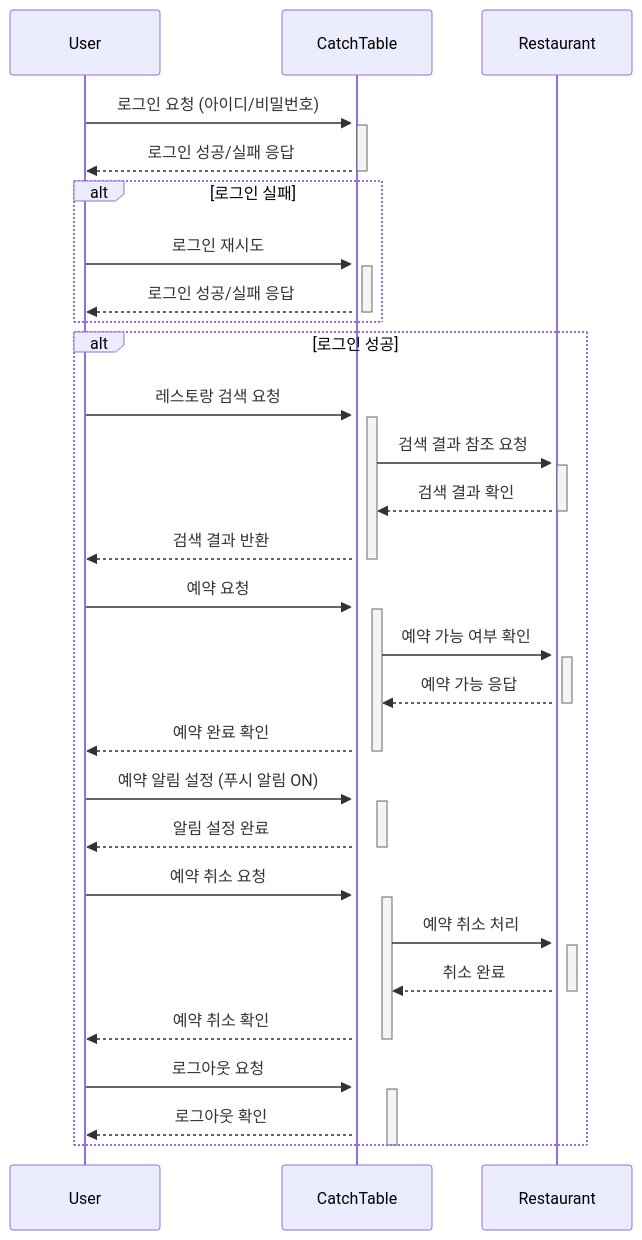
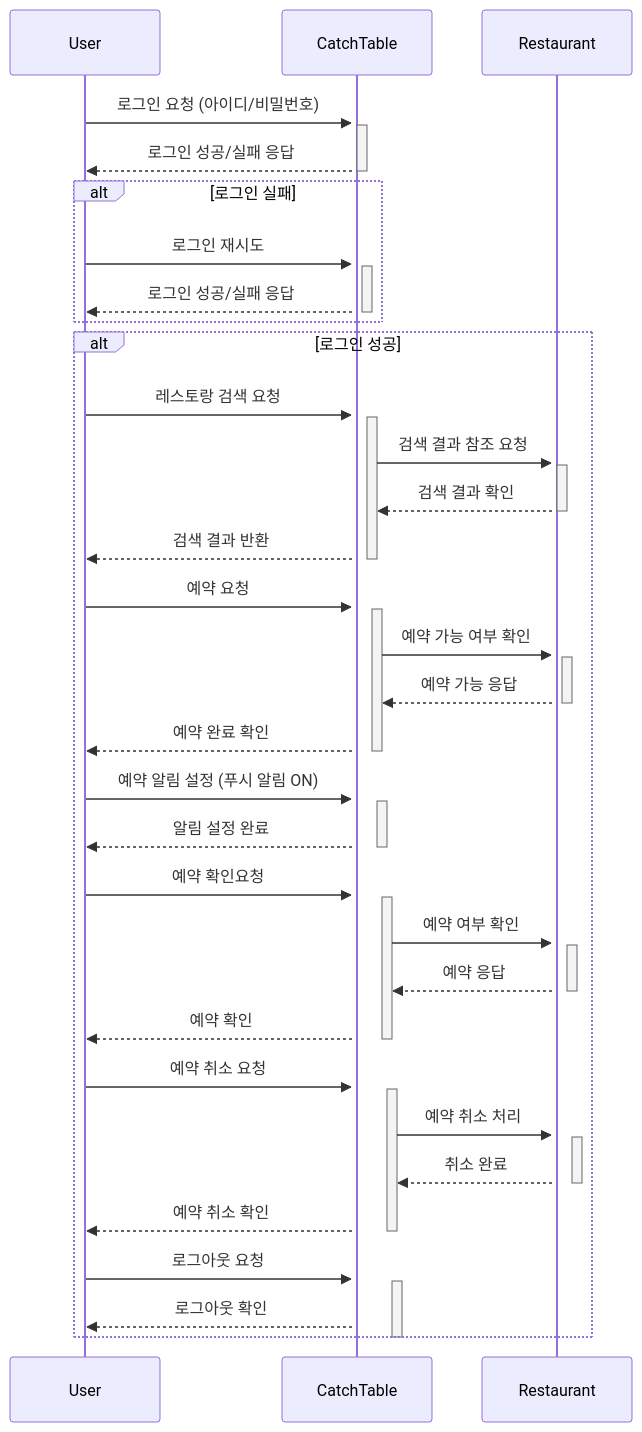
The diagram in Editor _ Mermaid Chart-2025-05-25-080916.mmd (HEANEOL/-1), drawn with Mermaid before and after one commit.

Commit message:
Update Editor _ Mermaid Chart-2025-05-25-080916.mmd

```diff
--- a/Editor _ Mermaid Chart-2025-05-25-080916.mmd
+++ b/Editor _ Mermaid Chart-2025-05-25-080916.mmd
@@ -1,55 +1,63 @@
 sequenceDiagram
     participant User
     participant CatchTable
     participant Restaurant
 
     User->>+CatchTable: 로그인 요청 (아이디/비밀번호)
     activate CatchTable
     CatchTable-->>User: 로그인 성공/실패 응답
     deactivate CatchTable
 
     alt 로그인 실패
         User->>+CatchTable: 로그인 재시도
         activate CatchTable
         CatchTable-->>User: 로그인 성공/실패 응답
         deactivate CatchTable
     end
     alt 로그인 성공
     User->>+CatchTable: 레스토랑 검색 요청
     activate CatchTable
     CatchTable->>+Restaurant: 검색 결과 참조 요청
     activate Restaurant
     Restaurant-->>CatchTable: 검색 결과 확인
     deactivate Restaurant
     CatchTable-->>User: 검색 결과 반환
     deactivate CatchTable
 
 
     User->>+CatchTable: 예약 요청
     activate CatchTable
     CatchTable->>+Restaurant: 예약 가능 여부 확인
     activate Restaurant
     Restaurant-->>CatchTable: 예약 가능 응답
     deactivate Restaurant
     CatchTable-->>User: 예약 완료 확인
     deactivate CatchTable
 
     User->>+CatchTable: 예약 알림 설정 (푸시 알림 ON)
     activate CatchTable
     CatchTable-->>User: 알림 설정 완료
     deactivate CatchTable
+    User->>+CatchTable: 예약 확인요청
+    activate CatchTable
+    CatchTable->>+Restaurant: 예약 여부 확인
+    activate Restaurant
+    Restaurant-->>CatchTable: 예약 응답
+    deactivate Restaurant
+    CatchTable-->>User: 예약 확인
+    deactivate CatchTable
 
     User->>+CatchTable: 예약 취소 요청
     activate CatchTable
     CatchTable->>+Restaurant: 예약 취소 처리
     activate Restaurant
     Restaurant-->>CatchTable: 취소 완료
     deactivate Restaurant
     CatchTable-->>User: 예약 취소 확인
     deactivate CatchTable
 
     User->>+CatchTable: 로그아웃 요청
     activate CatchTable
     CatchTable-->>User: 로그아웃 확인
      end
     deactivate CatchTable
```
